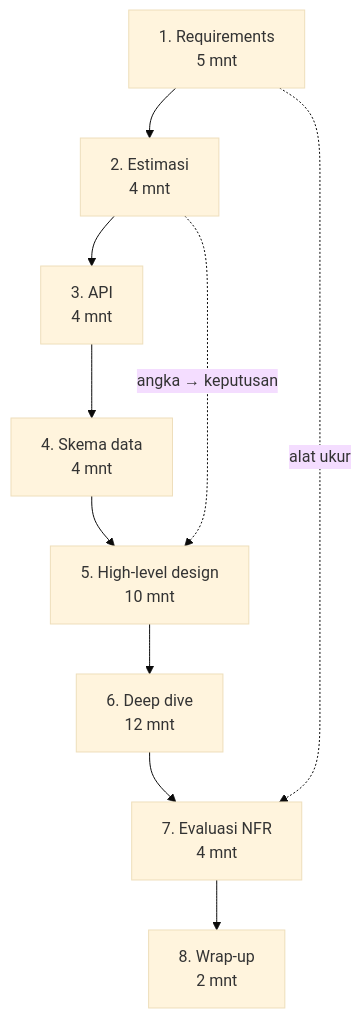
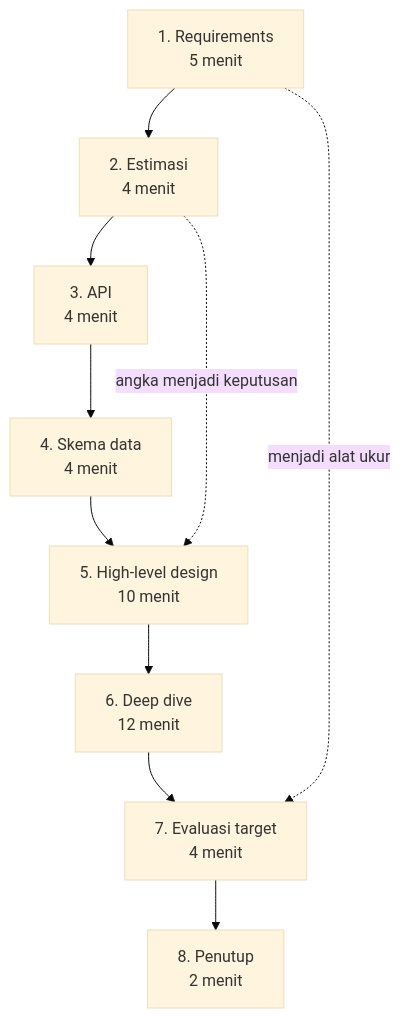
Before and after one commit to andreanpradanaa/sysdesign-lab: the diagram in src/content/lessons/bagian-2/framework-45-menit.mdx, drawn with Mermaid (base theme). The commit also changed other lines of this file and 18 other files, not shown here.

````diff
--- a/src/content/lessons/bagian-2/framework-45-menit.mdx
+++ b/src/content/lessons/bagian-2/framework-45-menit.mdx
@@ -98,12 +98,12 @@
 ```mermaid
 flowchart TD
-  R[1. Requirements\n5 mnt] --> E[2. Estimasi\n4 mnt]
-  E --> A[3. API\n4 mnt]
-  A --> D[4. Skema data\n4 mnt]
-  D --> H[5. High-level design\n10 mnt]
-  H --> DD[6. Deep dive\n12 mnt]
-  DD --> EV[7. Evaluasi NFR\n4 mnt]
-  EV --> W[8. Wrap-up\n2 mnt]
-  R -. alat ukur .-> EV
-  E -. angka → keputusan .-> H
+  R["1. Requirements\n5 menit"] --> E["2. Estimasi\n4 menit"]
+  E --> A["3. API\n4 menit"]
+  A --> D["4. Skema data\n4 menit"]
+  D --> H["5. High-level design\n10 menit"]
+  H --> DD["6. Deep dive\n12 menit"]
+  DD --> EV["7. Evaluasi target\n4 menit"]
+  EV --> W["8. Penutup\n2 menit"]
+  R -. menjadi alat ukur .-> EV
+  E -. angka menjadi keputusan .-> H
 ```
````
